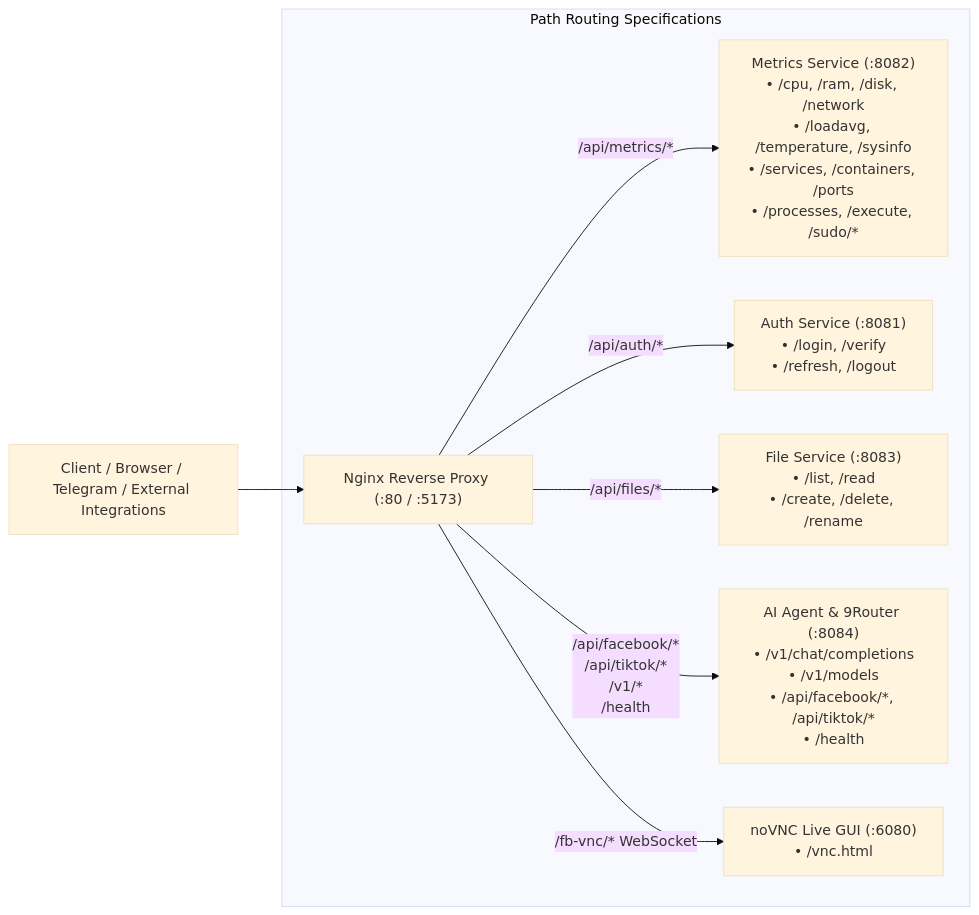
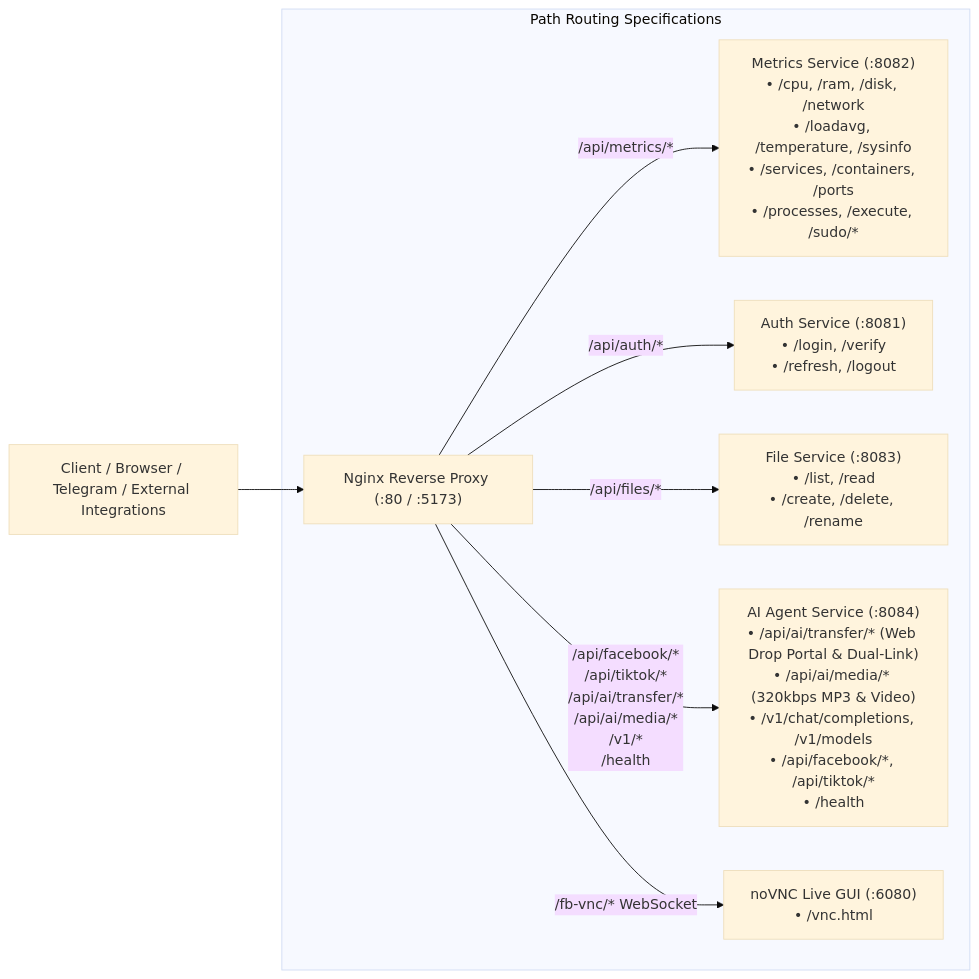
The diagram in docs/api-reference.md (tranvanmanh9325/quan_ly_server), drawn with Mermaid (base theme) before and after one commit. The commit also changed other lines of this file and 5 other files, not shown here.

Commit message:
docs: comprehensive update of project architecture, transfer portal, and media pipeline v2

````diff
--- a/docs/api-reference.md
+++ b/docs/api-reference.md
@@ -9,12 +9,12 @@
 ```mermaid
 flowchart LR
     Client["Client / Browser / Telegram / External Integrations"] --> Nginx["Nginx Reverse Proxy (:80 / :5173)"]
 
     subgraph RoutingRules["Path Routing Specifications"]
         Nginx -->|/api/metrics/*| MetricsSvc["Metrics Service (:8082)\n• /cpu, /ram, /disk, /network\n• /loadavg, /temperature, /sysinfo\n• /services, /containers, /ports\n• /processes, /execute, /sudo/*"]
         Nginx -->|/api/auth/*| AuthSvc["Auth Service (:8081)\n• /login, /verify\n• /refresh, /logout"]
         Nginx -->|/api/files/*| FileSvc["File Service (:8083)\n• /list, /read\n• /create, /delete, /rename"]
-        Nginx -->|/api/facebook/*\n/api/tiktok/*\n/v1/*\n/health| AgentSvc["AI Agent & 9Router (:8084)\n• /v1/chat/completions\n• /v1/models\n• /api/facebook/*, /api/tiktok/*\n• /health"]
+        Nginx -->|/api/facebook/*\n/api/tiktok/*\n/api/ai/transfer/*\n/api/ai/media/*\n/v1/*\n/health| AgentSvc["AI Agent Service (:8084)\n• /api/ai/transfer/* (Web Drop Portal & Dual-Link)\n• /api/ai/media/* (320kbps MP3 & Video)\n• /v1/chat/completions, /v1/models\n• /api/facebook/*, /api/tiktok/*\n• /health"]
         Nginx -->|/fb-vnc/* WebSocket| VNCBridge["noVNC Live GUI (:6080)\n• /vnc.html"]
     end
 ```
````
